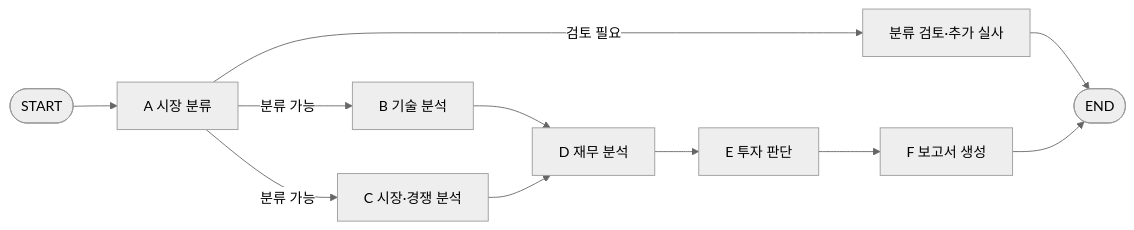
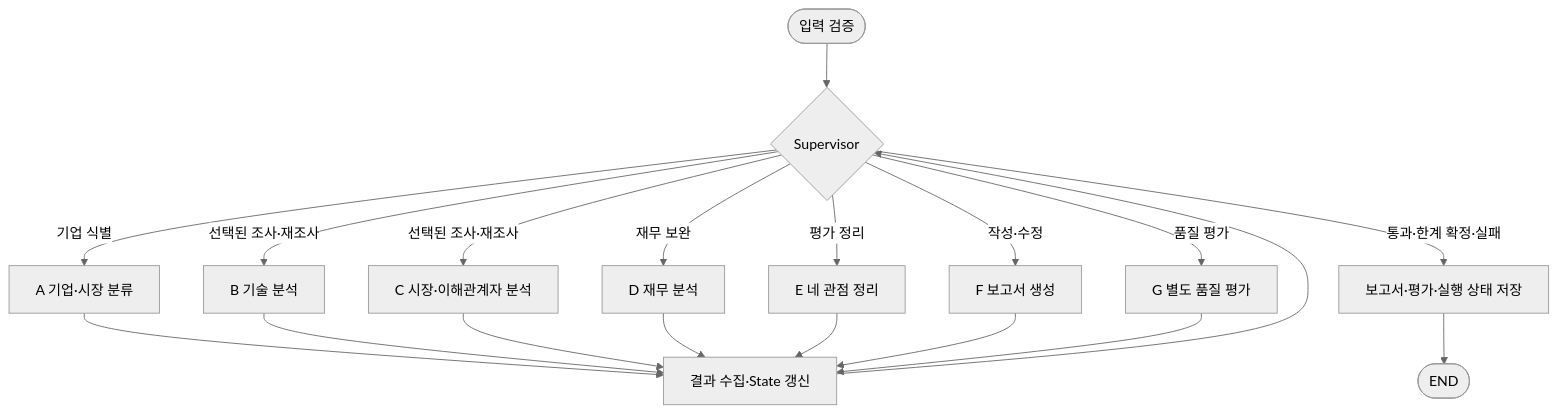
Before and after one commit to jihun-24k/skala-rag-pipeline: the diagram in README.md, drawn with Mermaid (neutral theme). The commit also changed other lines of this file and 18 other files, not shown here.

````diff
--- a/README.md
+++ b/README.md
@@ -75,13 +79,21 @@
 ```mermaid
-flowchart LR
-    S([START]) --> A[A 시장 분류]
-    A -->|검토 필요| R[분류 검토·추가 실사]
-    R --> X([END])
-    A -->|분류 가능| B[B 기술 분석]
-    A -->|분류 가능| C[C 시장·경쟁 분석]
-    B --> D[D 재무 분석]
-    C --> D
-    D --> E[E 투자 판단]
-    E --> F[F 보고서 생성]
-    F --> X
+flowchart TD
+    startNode([입력 검증]) --> supervisor{Supervisor}
+    supervisor -->|기업 식별| agentA["A 기업·시장 분류"]
+    supervisor -->|선택된 조사·재조사| agentB["B 기술 분석"]
+    supervisor -->|선택된 조사·재조사| agentC["C 시장·이해관계자 분석"]
+    supervisor -->|재무 보완| agentD["D 재무 분석"]
+    supervisor -->|평가 정리| agentE["E 네 관점 정리"]
+    supervisor -->|작성·수정| agentF["F 보고서 생성"]
+    supervisor -->|품질 평가| agentG["G 별도 품질 평가"]
+    agentA --> collectNode[결과 수집·State 갱신]
+    agentB --> collectNode
+    agentC --> collectNode
+    agentD --> collectNode
+    agentE --> collectNode
+    agentF --> collectNode
+    agentG --> collectNode
+    collectNode --> supervisor
+    supervisor -->|통과·한계 확정·실패| outputNode[보고서·평가·실행 상태 저장]
+    outputNode --> finishNode([END])
 ```
````
